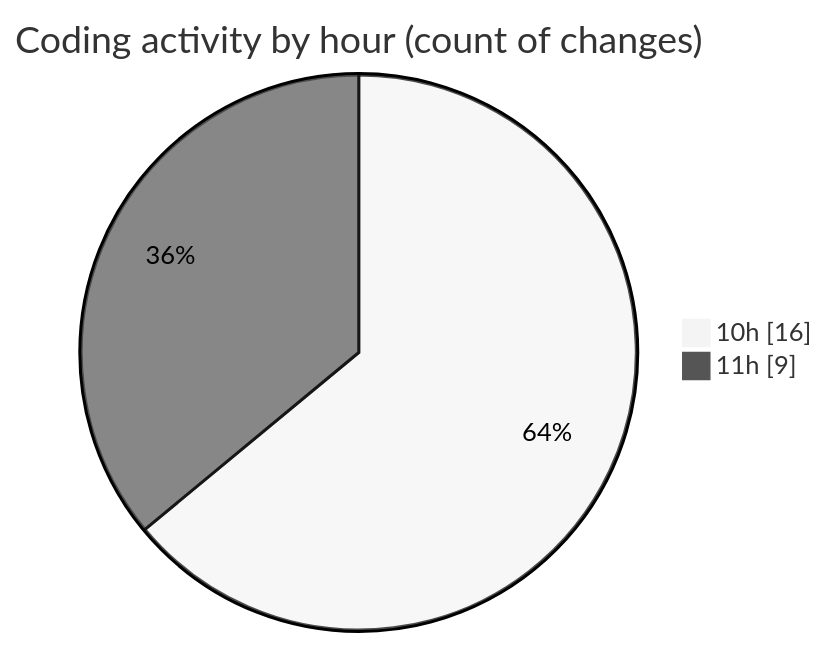
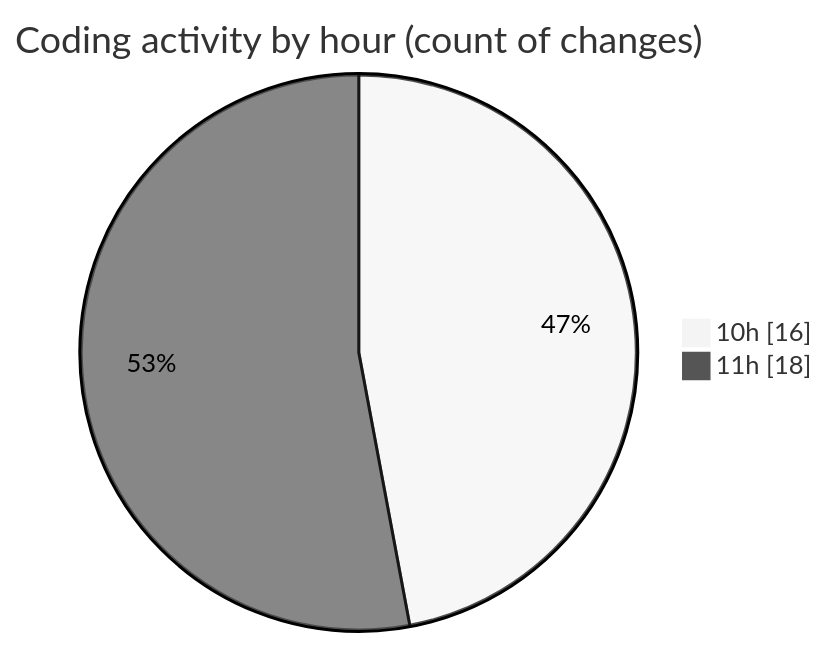
Before and after one commit to charlie-sans/code-tracking: the second of 2 diagrams in 2025-02-20/micros/README.md, drawn with Mermaid (neutral theme). The commit also changed other lines of this file and 1 other file, not shown here.

````diff
--- a/2025-02-20/micros/README.md
+++ b/2025-02-20/micros/README.md
@@ -42,6 +46,6 @@
 ```mermaid
 pie showData
 title Coding activity by hour (count of changes)
 "10h" : 16
-"11h" : 9
+"11h" : 18
 ```
````
